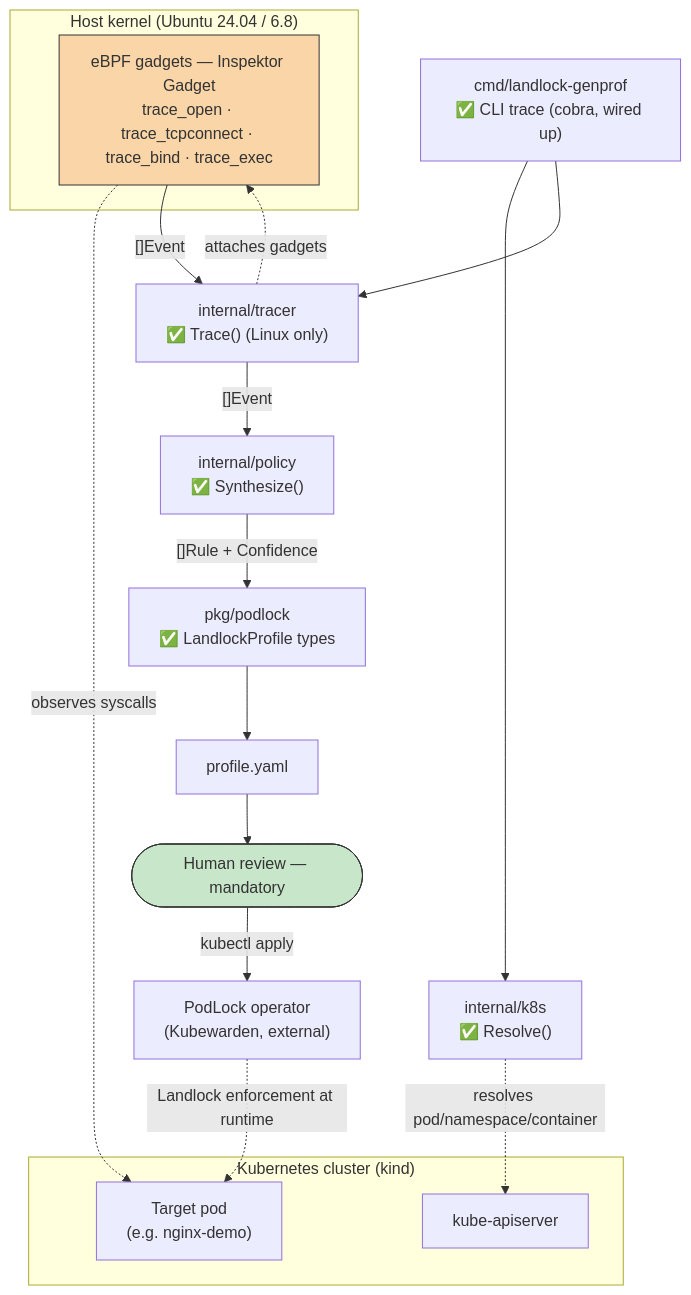
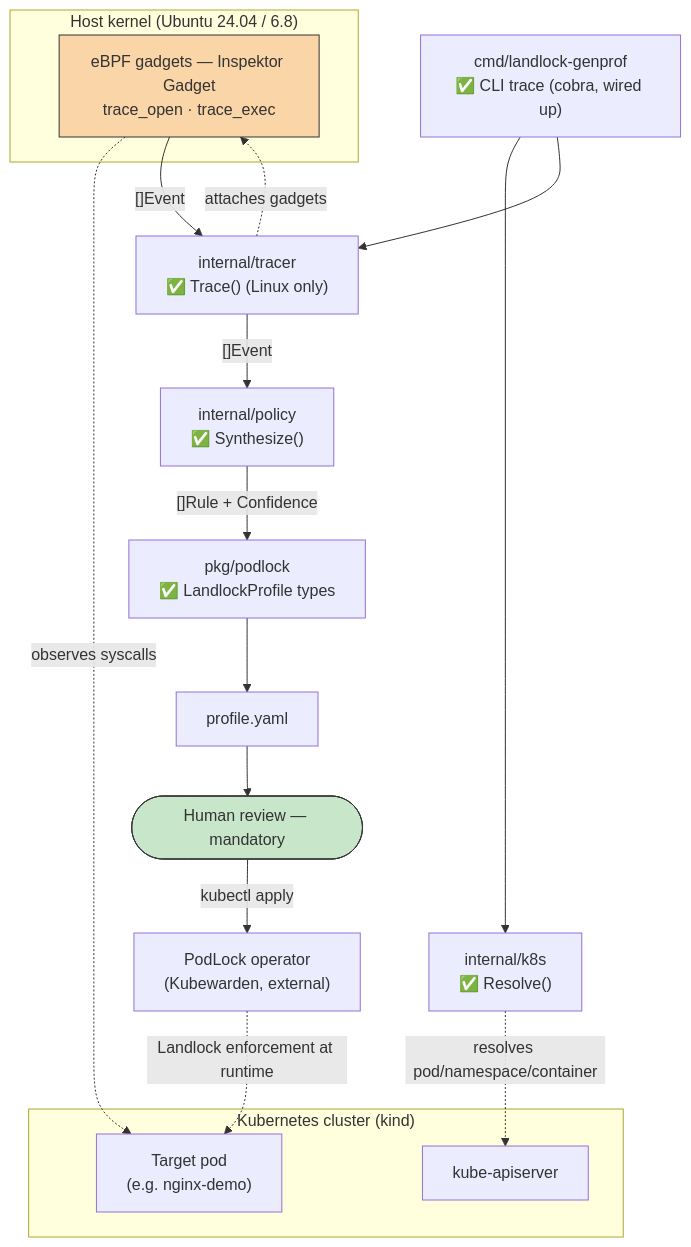
Before and after one commit to idriss-eliguene/landlock-genprof: the first of 3 diagrams in docs/architecture.md, drawn with Mermaid. The commit also changed other lines of this file and 5 other files, not shown here.

First line of the commit message:
feat(tracer): add trace_exec so readExec/readWriteExec are actually reachable

````diff
--- a/docs/architecture.md
+++ b/docs/architecture.md
@@ -11,36 +11,36 @@
 ```mermaid
 flowchart TD
     subgraph cluster["Kubernetes cluster (kind)"]
         POD["Target pod<br/>(e.g. nginx-demo)"]
         API["kube-apiserver"]
     end
 
     subgraph host["Host kernel (Ubuntu 24.04 / 6.8)"]
-        EBPF["eBPF gadgets — Inspektor Gadget<br/>trace_open · trace_tcpconnect · trace_bind · trace_exec"]
+        EBPF["eBPF gadgets — Inspektor Gadget<br/>trace_open · trace_exec"]
     end
 
     CLI["cmd/landlock-genprof<br/>✅ CLI trace (cobra, wired up)"]
     K8SPKG["internal/k8s<br/>✅ Resolve()"]
     TRACER["internal/tracer<br/>✅ Trace() (Linux only)"]
     POLICY["internal/policy<br/>✅ Synthesize()"]
     PODLOCKTYPES["pkg/podlock<br/>✅ LandlockProfile types"]
     YAML["profile.yaml"]
     HUMAN(["Human review — mandatory"])
     PODLOCKOP["PodLock operator<br/>(Kubewarden, external)"]
 
     CLI --> K8SPKG
     K8SPKG -. "resolves pod/namespace/container" .-> API
     CLI --> TRACER
     TRACER -. "attaches gadgets" .-> EBPF
     EBPF -. "observes syscalls" .-> POD
     EBPF -- "[]Event" --> TRACER
     TRACER -- "[]Event" --> POLICY
     POLICY -- "[]Rule + Confidence" --> PODLOCKTYPES
     PODLOCKTYPES --> YAML
     YAML --> HUMAN
     HUMAN -- "kubectl apply" --> PODLOCKOP
     PODLOCKOP -. "Landlock enforcement at runtime" .-> POD
 
     style EBPF fill:#f9d5a7,stroke:#333
     style HUMAN fill:#c8e6c9,stroke:#333
 ```
````
